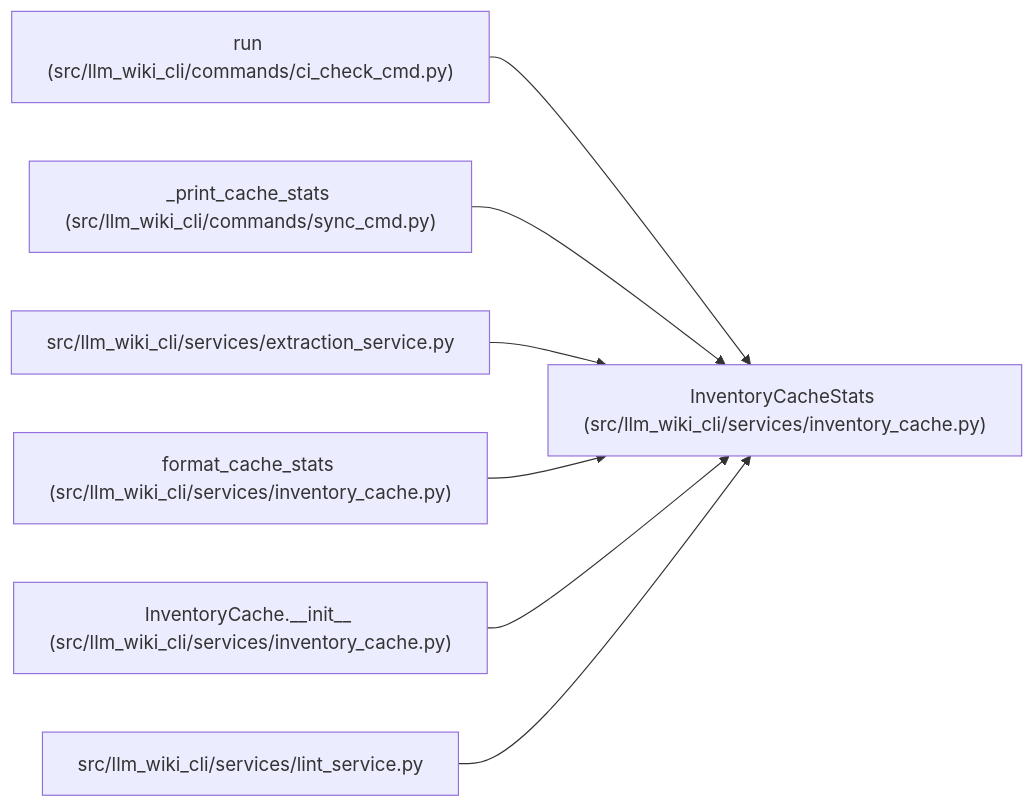
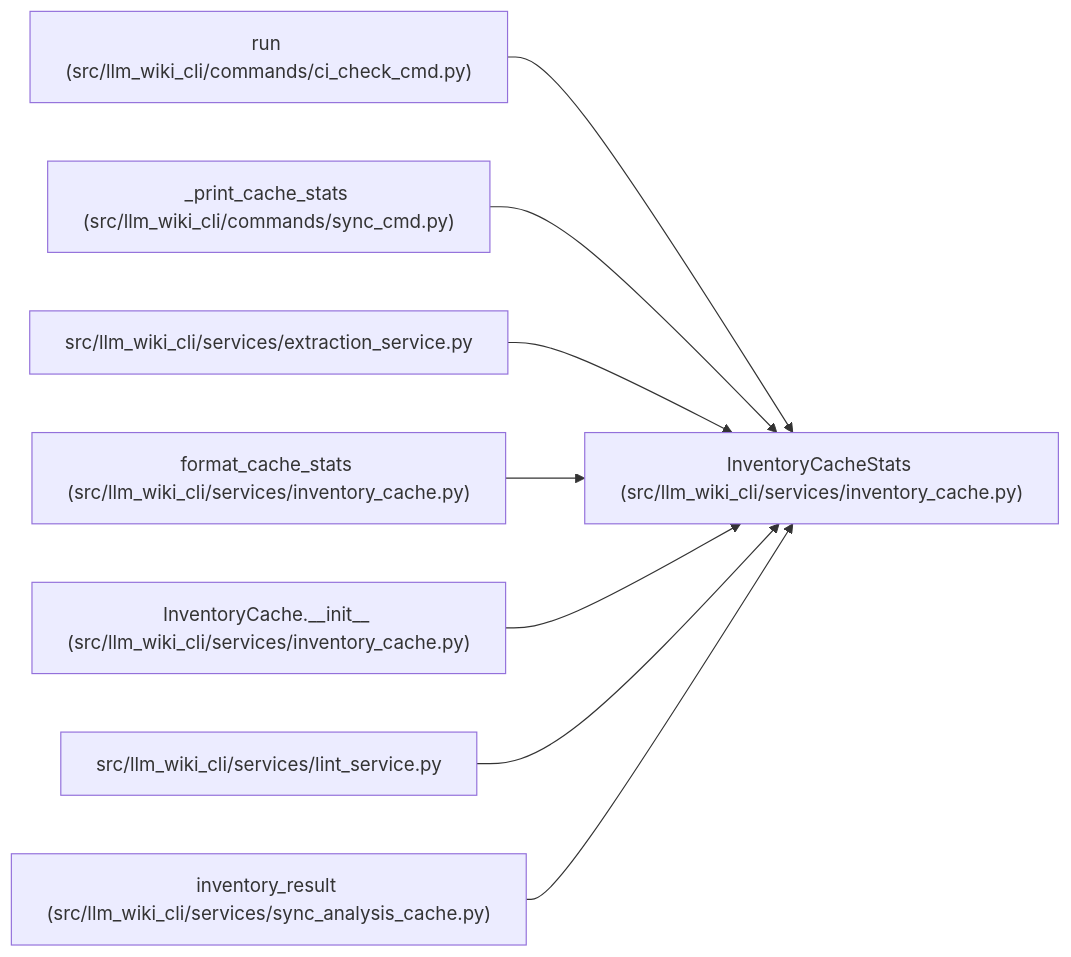
One commit to Denissvgn/python-wiki-llm changed the diagram in docs/llm_wiki/entities/InventoryCacheStats.md. Above: the diagram before and after it, drawn with Mermaid. The commit also changed other lines of this file and 462 other files, not shown here.

Commit message:
Reuse authenticated analysis for Markdown wiki syncs

````diff
--- a/docs/llm_wiki/entities/InventoryCacheStats.md
+++ b/docs/llm_wiki/entities/InventoryCacheStats.md
@@ -40,23 +40,26 @@
 ```mermaid
 flowchart LR
     n0["InventoryCacheStats (src/llm_wiki_cli/services/inventory_cache.py)"]
     n1["run (src/llm_wiki_cli/commands/ci_check_cmd.py)"]
     n2["_print_cache_stats (src/llm_wiki_cli/commands/sync_cmd.py)"]
     n3["src/llm_wiki_cli/services/extraction_service.py"]
     n4["format_cache_stats (src/llm_wiki_cli/services/inventory_cache.py)"]
     n5["InventoryCache.__init__ (src/llm_wiki_cli/services/inventory_cache.py)"]
     n6["src/llm_wiki_cli/services/lint_service.py"]
+    n7["inventory_result (src/llm_wiki_cli/services/sync_analysis_cache.py)"]
     n1 --> n0
     n2 --> n0
     n3 --> n0
     n4 --> n0
     n5 --> n0
     n6 --> n0
+    n7 --> n0
     click n0 "../modules/inventory_cache.md"
     click n1 "../modules/ci_check_cmd.md"
     click n2 "../modules/sync_cmd.md"
     click n3 "../modules/extraction_service.md"
     click n4 "../modules/inventory_cache.md"
     click n5 "../modules/inventory_cache.md"
     click n6 "../modules/lint_service.md"
+    click n7 "../modules/sync_analysis_cache.md"
 ```
````
